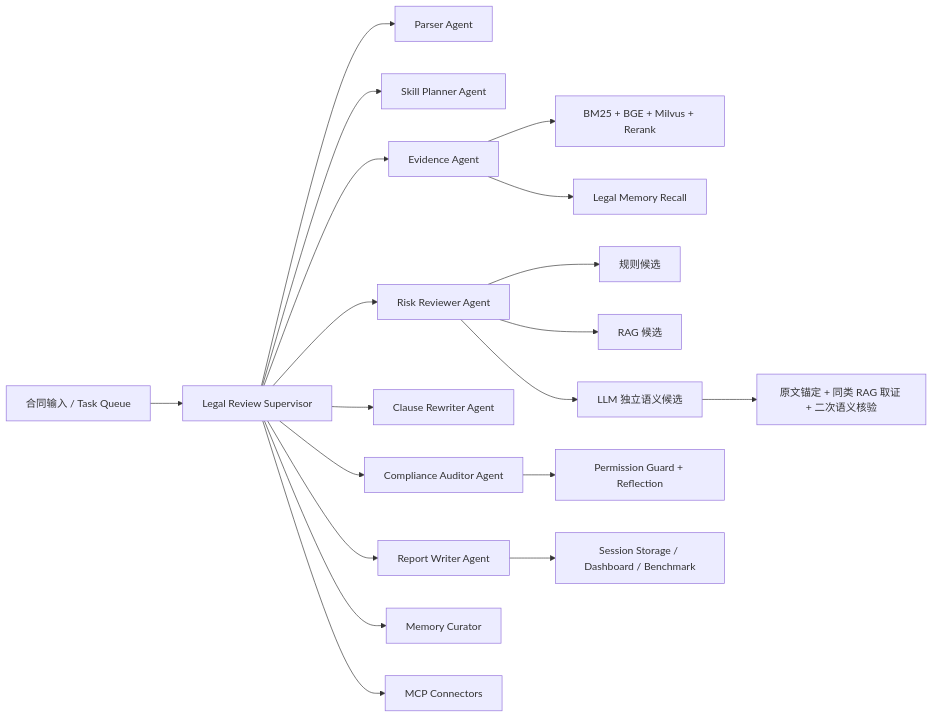
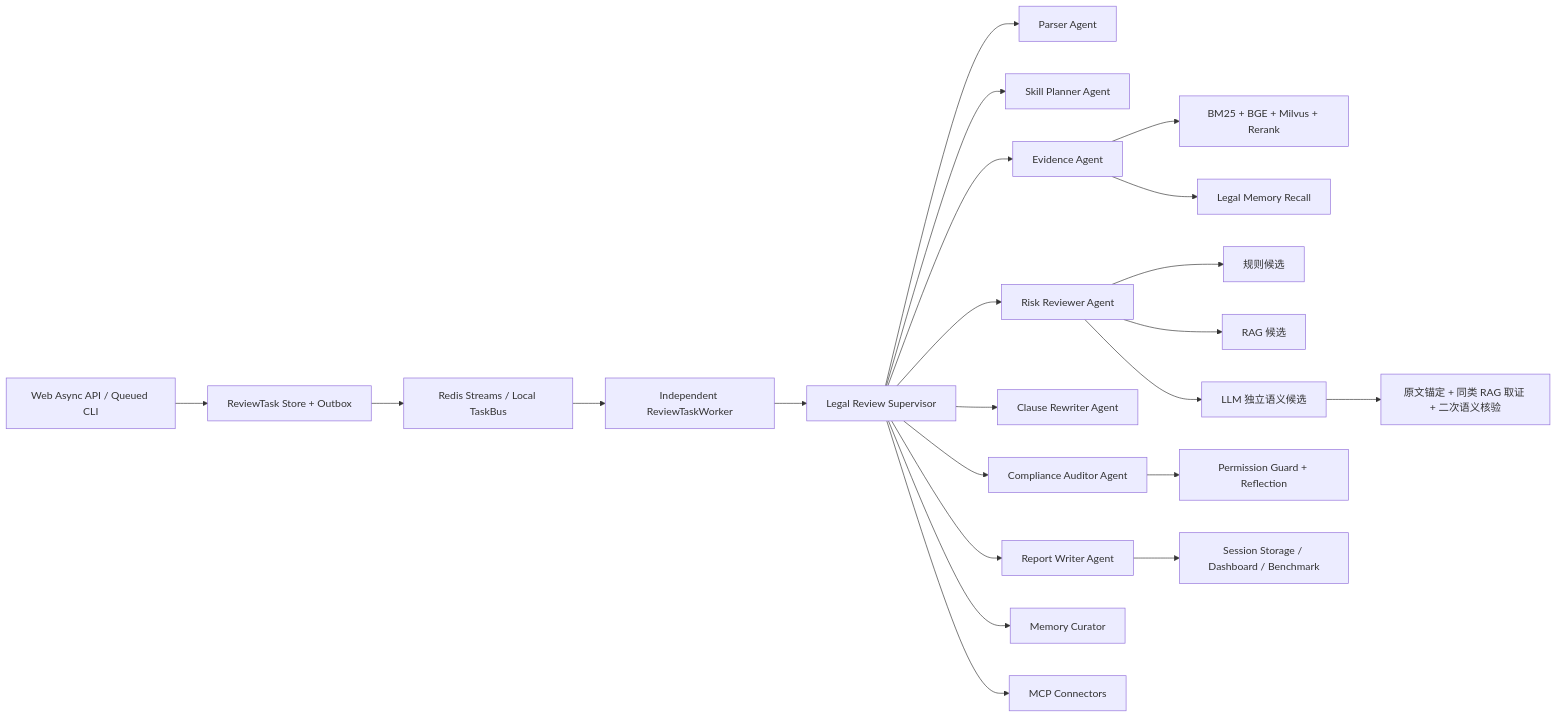
One commit to DevCrafterss11/legal-agent-workbench changed the diagram in docs/ARCHITECTURE.md. Above: the diagram before and after it, drawn with Mermaid. The commit also changed other lines of this file and 57 other files, not shown here.

````diff
--- a/docs/ARCHITECTURE.md
+++ b/docs/ARCHITECTURE.md
@@ -25,21 +28,24 @@
 ```mermaid
 flowchart LR
-    A["合同输入 / Task Queue"] --> B["Legal Review Supervisor"]
+    A["Web Async API / Queued CLI"] --> Q["ReviewTask Store + Outbox"]
+    Q --> S["Redis Streams / Local TaskBus"]
+    S --> W["Independent ReviewTaskWorker"]
+    W --> B["Legal Review Supervisor"]
     B --> C["Parser Agent"]
     B --> D["Skill Planner Agent"]
     B --> E["Evidence Agent"]
     B --> F["Risk Reviewer Agent"]
     B --> G["Clause Rewriter Agent"]
     B --> H["Compliance Auditor Agent"]
     B --> I["Report Writer Agent"]
     B --> J["Memory Curator"]
     E --> E1["BM25 + BGE + Milvus + Rerank"]
     E --> E2["Legal Memory Recall"]
     F --> F1["规则候选"]
     F --> F2["RAG 候选"]
     F --> F3["LLM 独立语义候选"]
     F3 --> F4["原文锚定 + 同类 RAG 取证 + 二次语义核验"]
     H --> H1["Permission Guard + Reflection"]
     I --> K["Session Storage / Dashboard / Benchmark"]
     B --> L["MCP Connectors"]
 ```
````
